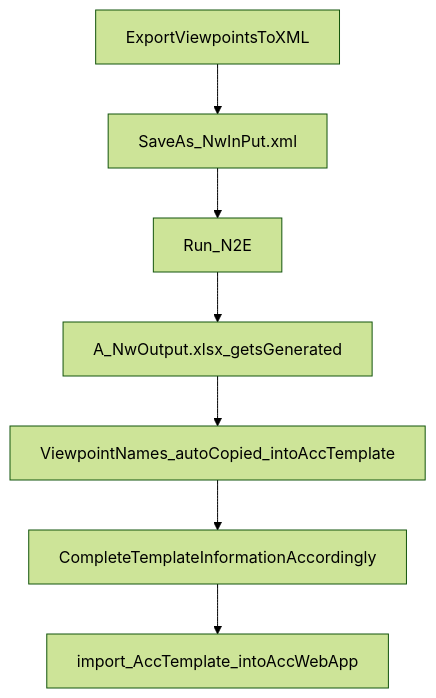
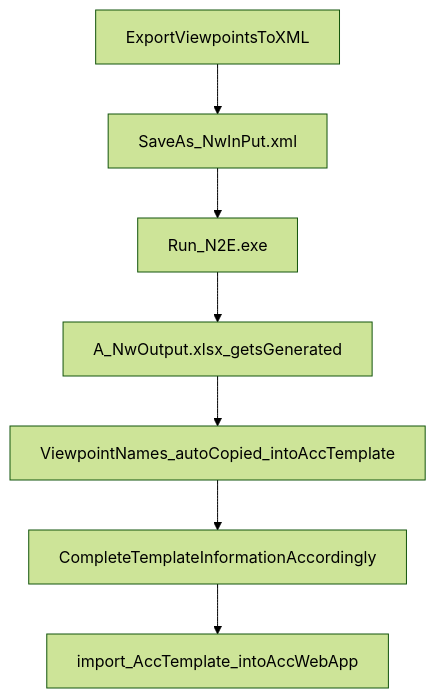
One commit to mathematics333/N2eParser changed the diagram in README.md. Above: the diagram before and after it, drawn with Mermaid (forest theme). The commit also changed other lines of this file, not shown here.

````diff
--- a/README.md
+++ b/README.md
@@ -22,5 +22,5 @@
 ```mermaid
    graph TD;
-       ExportViewpointsToXML-->SaveAs_NwInPut.xml-->Run_N2E-->A_NwOutput.xlsx_getsGenerated-->ViewpointNames_autoCopied_intoAccTemplate-->CompleteTemplateInformationAccordingly-->import_AccTemplate_intoAccWebApp;
+       ExportViewpointsToXML-->SaveAs_NwInPut.xml-->Run_N2E.exe-->A_NwOutput.xlsx_getsGenerated-->ViewpointNames_autoCopied_intoAccTemplate-->CompleteTemplateInformationAccordingly-->import_AccTemplate_intoAccWebApp;
        
 ```
````
